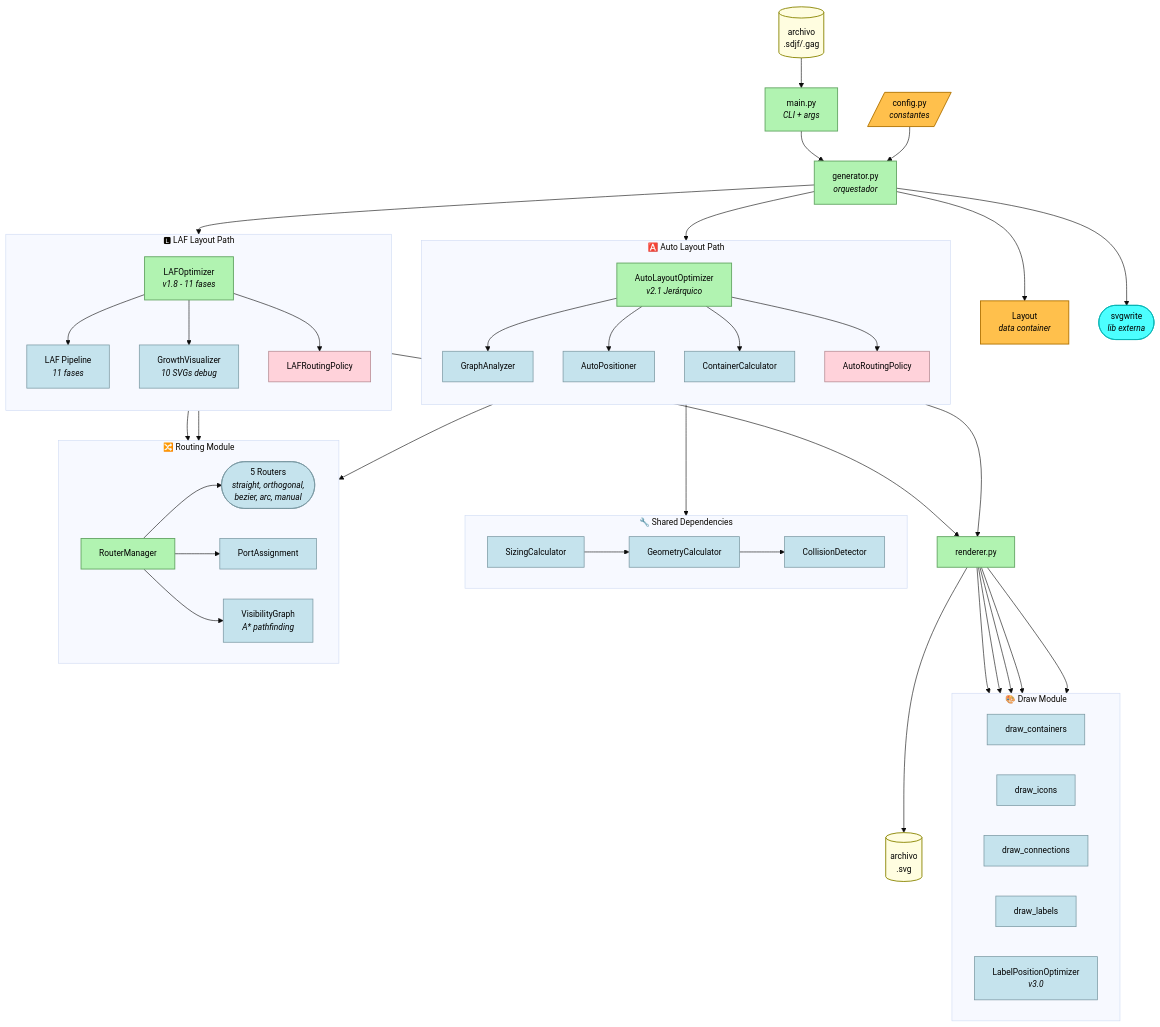
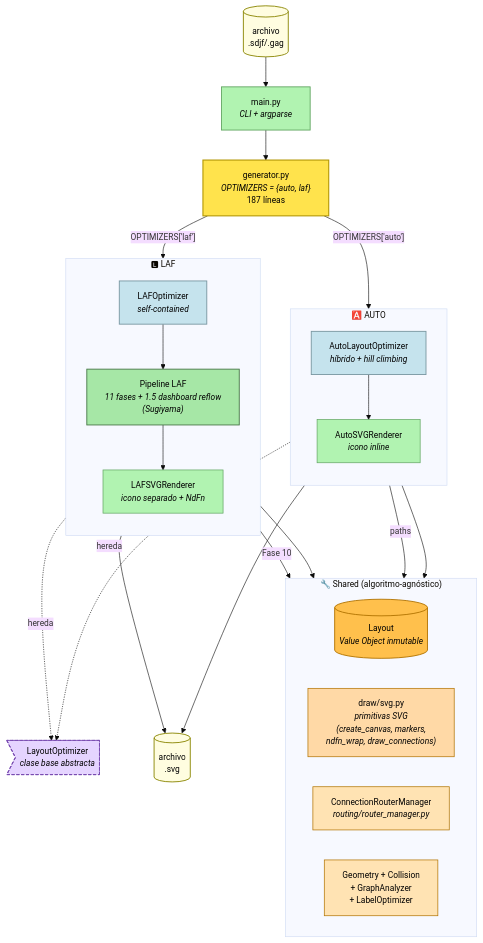
The diagram in docs/diagrams/benchmark/architecture.mmd (Josexato/AlmaGag), drawn with Mermaid before and after one commit. The commit also changed 4 other files, not shown here.

```diff
--- a/docs/diagrams/benchmark/architecture.mmd
+++ b/docs/diagrams/benchmark/architecture.mmd
@@ -1,115 +1,82 @@
 %%{init: {'theme':'base', 'themeVariables': {'fontFamily': 'sans-serif', 'fontSize': '14px'}, 'flowchart': {'htmlLabels': true, 'curve': 'basis'}} }%%
 flowchart TD
     %% =====================================================
     %% Same scope as docs/diagrams/svgs/05-arquitectura-gag.svg
     %% Rendered with Mermaid (dagre auto-layout) for benchmark.
+    %% Reflects current architecture post WISH-ARCH-001/002 +
+    %% BUGS-LAF-002 + BUGS-LAYOUT-001/002 (2026-06-18).
     %% =====================================================
 
     input[(archivo<br/>.sdjf/.gag)]:::io
-    main[main.py<br/><i>CLI + args</i>]:::server
-    config[/"config.py<br/><i>constantes</i>"/]:::data
-    generator[generator.py<br/><i>orquestador</i>]:::server
-    layout[Layout<br/><i>data container</i>]:::data
-    svgwrite([svgwrite<br/><i>lib externa</i>]):::external
+    main[main.py<br/><i>CLI + argparse</i>]:::server
+    generator["generator.py<br/><i>OPTIMIZERS = {auto, laf}</i><br/>187 líneas"]:::factory
+    contract>"LayoutOptimizer<br/><i>clase base abstracta</i>"]:::contract
 
-    %% Shared infrastructure
-    subgraph shared["🔧 Shared Dependencies"]
-        direction LR
-        sizing[SizingCalculator]:::utility
-        geometry_calc[GeometryCalculator]:::utility
-        collision_det[CollisionDetector]:::utility
+    %% AUTO algorithm — self-contained
+    subgraph autobox["🅰️ AUTO"]
+        direction TB
+        auto_opt["AutoLayoutOptimizer<br/><i>híbrido + hill climbing</i>"]:::optimizer
+        auto_rend["AutoSVGRenderer<br/><i>icono inline</i>"]:::renderer
     end
 
-    %% AUTO pipeline
-    subgraph autopath["🅰️ Auto Layout Path"]
+    %% LAF algorithm — self-contained, 11 + 1.5 phases
+    subgraph lafbox["🅻 LAF"]
         direction TB
-        auto_optimizer[AutoLayoutOptimizer<br/><i>v2.1 Jerárquico</i>]:::server
-        auto_positioner[AutoPositioner]:::utility
-        graph_analyzer[GraphAnalyzer]:::utility
-        container_calc[ContainerCalculator]:::utility
-        auto_routing[AutoRoutingPolicy]:::policy
+        laf_opt["LAFOptimizer<br/><i>self-contained</i>"]:::optimizer
+        laf_pipe["Pipeline LAF<br/><i>11 fases + 1.5 dashboard reflow</i><br/><i>(Sugiyama)</i>"]:::pipeline
+        laf_rend["LAFSVGRenderer<br/><i>icono separado + NdFn</i>"]:::renderer
     end
 
-    %% LAF pipeline
-    subgraph lafpath["🅻 LAF Layout Path"]
-        direction TB
-        laf_optimizer[LAFOptimizer<br/><i>v1.8 - 11 fases</i>]:::server
-        laf_pipeline[LAF Pipeline<br/><i>11 fases</i>]:::utility
-        growth_visualizer[GrowthVisualizer<br/><i>10 SVGs debug</i>]:::utility
-        laf_routing[LAFRoutingPolicy]:::policy
-    end
-
-    %% Routing library
-    subgraph routing["🔀 Routing Module"]
+    %% Shared algorithm-agnostic infrastructure
+    subgraph shared["🔧 Shared (algoritmo-agnóstico)"]
         direction LR
-        router_mgr[RouterManager]:::server
-        routers([5 Routers<br/><i>straight, orthogonal,<br/>bezier, arc, manual</i>]):::utility
-        port_assign[PortAssignment]:::utility
-        vis_graph[VisibilityGraph<br/><i>A* pathfinding</i>]:::utility
-    end
-
-    %% Render
-    render[renderer.py]:::server
-
-    %% Draw module
-    subgraph drawmod["🎨 Draw Module"]
-        direction LR
-        draw_containers[draw_containers]:::utility
-        draw_icons[draw_icons]:::utility
-        draw_connections[draw_connections]:::utility
-        draw_labels[draw_labels]:::utility
-        label_optimizer[LabelPositionOptimizer<br/><i>v3.0</i>]:::utility
+        layout_obj[("Layout<br/><i>Value Object inmutable</i>")]:::data
+        draw_svg["draw/svg.py<br/><i>primitivas SVG<br/>(create_canvas, markers,<br/>ndfn_wrap, draw_connections)</i>"]:::toolbox
+        router_mgr[ConnectionRouterManager<br/><i>routing/router_manager.py</i>]:::utility
+        geometry_utils[Geometry + Collision<br/>+ GraphAnalyzer<br/>+ LabelOptimizer]:::utility
     end
 
     output[(archivo<br/>.svg)]:::io
 
     %% ------- Main flow -------
     input --> main
     main --> generator
-    config --> generator
-    generator --> layout
-    generator --> svgwrite
-    generator --> auto_optimizer
-    generator --> laf_optimizer
 
-    %% Shared deps internal
-    sizing --> geometry_calc
-    geometry_calc --> collision_det
+    %% Factory dispatches by --layout-algorithm
+    generator -- "OPTIMIZERS['auto']" --> auto_opt
+    generator -- "OPTIMIZERS['laf']" --> laf_opt
 
-    %% AUTO internals
-    auto_optimizer --> graph_analyzer
-    auto_optimizer --> auto_positioner
-    auto_optimizer --> container_calc
-    auto_optimizer --> collision_det
-    auto_optimizer --> auto_routing
-    auto_routing --> router_mgr
+    %% Both optimizers inherit from LayoutOptimizer (contract)
+    auto_opt -. "hereda" .-> contract
+    laf_opt -. "hereda" .-> contract
 
-    %% LAF internals
-    laf_optimizer --> laf_pipeline
-    laf_optimizer --> growth_visualizer
-    laf_optimizer --> laf_routing
-    laf_routing --> router_mgr
-    laf_pipeline --> router_mgr
+    %% LAF pipeline composition
+    laf_opt --> laf_pipe
 
-    %% Routing internals
-    router_mgr --> routers
-    router_mgr --> port_assign
-    router_mgr --> vis_graph
+    %% Each optimizer owns its renderer (WISH-ARCH-002)
+    auto_opt --> auto_rend
+    laf_pipe --> laf_rend
+
+    %% Routing — shared between algos
+    auto_opt -- "paths" --> router_mgr
+    laf_pipe -- "Fase 10" --> router_mgr
+
+    %% Renderers use shared SVG primitives
+    auto_rend --> draw_svg
+    laf_rend --> draw_svg
 
     %% Output chain
-    auto_optimizer --> render
-    laf_optimizer --> render
-    render --> draw_containers
-    render --> draw_icons
-    render --> draw_connections
-    render --> draw_labels
-    render --> label_optimizer
-    render --> output
+    auto_rend --> output
+    laf_rend --> output
 
     %% Class styles
     classDef server fill:#b1f3b1,stroke:#64a664,color:#000,stroke-width:1.5px
-    classDef utility fill:#c5e3ed,stroke:#7997a1,color:#000,stroke-width:1.2px
+    classDef factory fill:#ffe34c,stroke:#b29600,color:#000,stroke-width:1.8px
+    classDef contract fill:#e5d4ff,stroke:#7a4cb2,color:#000,stroke-width:1.5px,stroke-dasharray:5 3
+    classDef optimizer fill:#c5e3ed,stroke:#7997a1,color:#000,stroke-width:1.5px
+    classDef renderer fill:#b1f3b1,stroke:#64a664,color:#000,stroke-width:1.2px
+    classDef pipeline fill:#a6e7a6,stroke:#487748,color:#000,stroke-width:1.5px
     classDef data fill:#ffc04c,stroke:#b27300,color:#000,stroke-width:1.5px
-    classDef policy fill:#ffd2da,stroke:#b2868e,color:#000,stroke-width:1.2px
-    classDef external fill:#4cffff,stroke:#00b2b2,color:#000,stroke-width:1.2px
+    classDef toolbox fill:#ffd9a6,stroke:#b27300,color:#000,stroke-width:1.2px
+    classDef utility fill:#ffe3b3,stroke:#b27300,color:#000,stroke-width:1.2px
     classDef io fill:#fffde0,stroke:#8a8500,color:#000,stroke-width:1.5px
```
